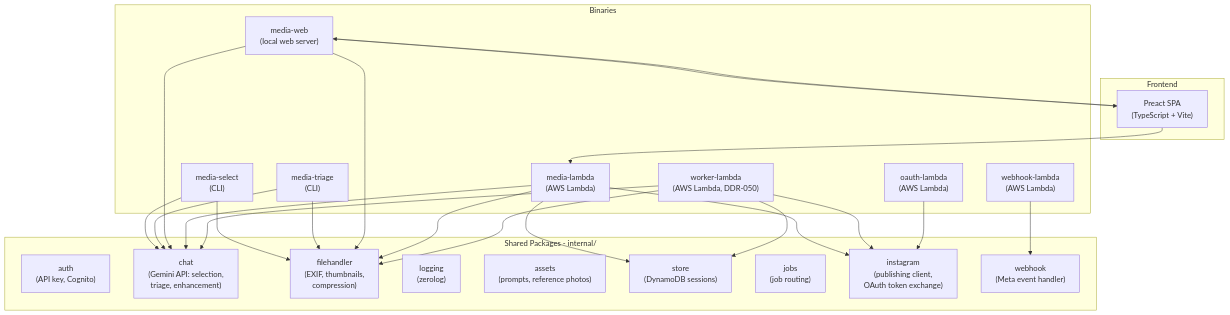
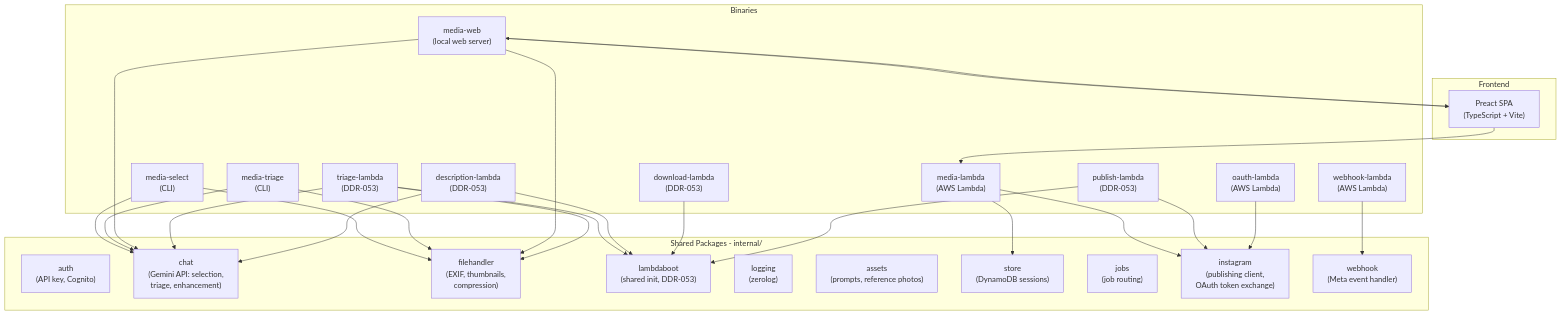
The first of 4 diagrams in docs/architecture.md (francis-pang/ai-social-media-helper), drawn with Mermaid before and after one commit. The commit also changed other lines of this file and 30 other files, not shown here.

First line of the commit message:
feat: split Worker Lambda into 4 domain-specific Lambdas + shared bootstrap (DDR-052, DDR-053)

````diff
--- a/docs/architecture.md
+++ b/docs/architecture.md
@@ -7,48 +7,54 @@
 ```mermaid
 graph TD
     subgraph binaries [Binaries]
         MediaSelect["media-select\n(CLI)"]
         MediaTriage["media-triage\n(CLI)"]
         MediaWeb["media-web\n(local web server)"]
         MediaLambda["media-lambda\n(AWS Lambda)"]
-        WorkerLambdaBin["worker-lambda\n(AWS Lambda, DDR-050)"]
+        TriageLambdaBin["triage-lambda\n(DDR-053)"]
+        DescLambdaBin["description-lambda\n(DDR-053)"]
+        DownloadLambdaBin["download-lambda\n(DDR-053)"]
+        PublishLambdaBin["publish-lambda\n(DDR-053)"]
         WebhookLambda["webhook-lambda\n(AWS Lambda)"]
         OAuthLambda["oauth-lambda\n(AWS Lambda)"]
     end
 
     subgraph internal [Shared Packages - internal/]
         Auth["auth\n(API key, Cognito)"]
         Chat["chat\n(Gemini API: selection,\ntriage, enhancement)"]
         FileHandler["filehandler\n(EXIF, thumbnails,\ncompression)"]
+        LambdaBoot["lambdaboot\n(shared init, DDR-053)"]
         Logging["logging\n(zerolog)"]
         Assets["assets\n(prompts, reference photos)"]
         Store["store\n(DynamoDB sessions)"]
         Jobs["jobs\n(job routing)"]
         Instagram["instagram\n(publishing client,\nOAuth token exchange)"]
         Webhook["webhook\n(Meta event handler)"]
     end
 
     subgraph frontend [Frontend]
         PreactSPA["Preact SPA\n(TypeScript + Vite)"]
     end
 
     MediaSelect --> Chat
     MediaSelect --> FileHandler
     MediaTriage --> Chat
     MediaTriage --> FileHandler
     MediaWeb --> Chat
     MediaWeb --> FileHandler
     MediaWeb --> PreactSPA
-    MediaLambda --> Chat
-    MediaLambda --> FileHandler
     MediaLambda --> Store
     MediaLambda --> Instagram
-    WorkerLambdaBin --> Chat
-    WorkerLambdaBin --> FileHandler
-    WorkerLambdaBin --> Store
-    WorkerLambdaBin --> Instagram
+    TriageLambdaBin --> Chat
+    TriageLambdaBin --> FileHandler
+    TriageLambdaBin --> LambdaBoot
+    DescLambdaBin --> Chat
+    DescLambdaBin --> LambdaBoot
+    DownloadLambdaBin --> LambdaBoot
+    PublishLambdaBin --> Instagram
+    PublishLambdaBin --> LambdaBoot
     WebhookLambda --> Webhook
     OAuthLambda --> Instagram
     PreactSPA --> MediaWeb
     PreactSPA --> MediaLambda
 ```
````
